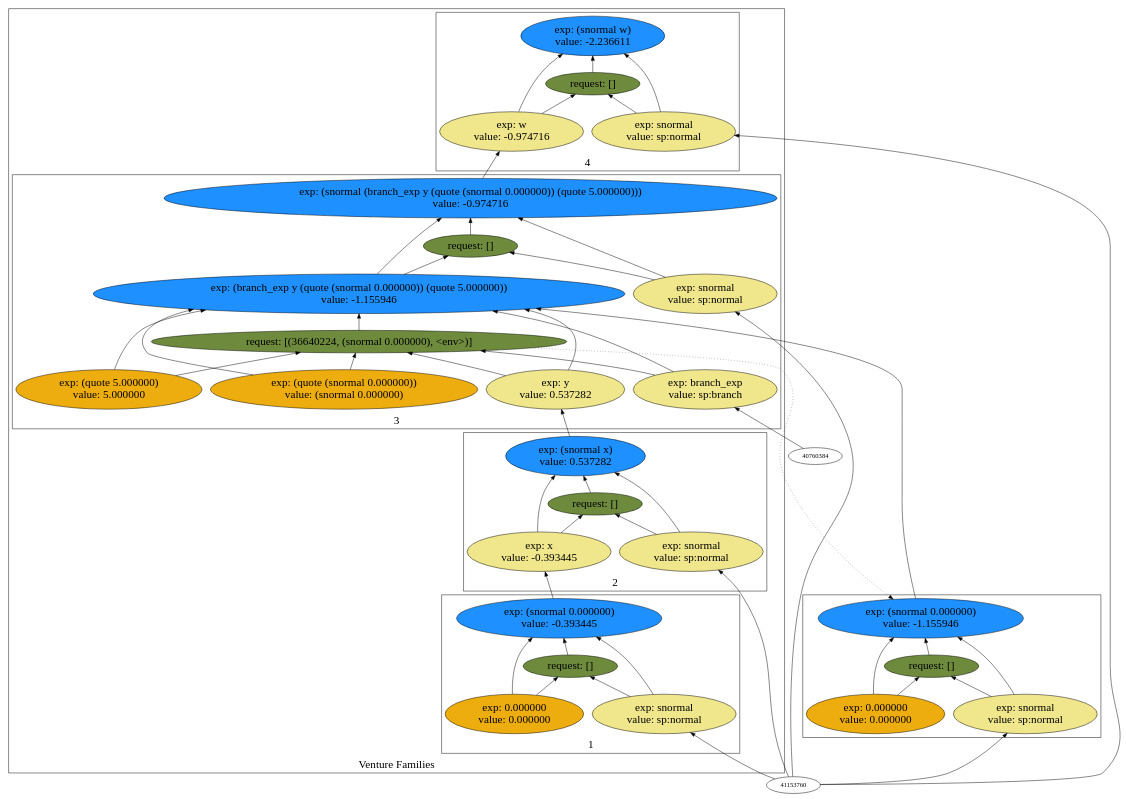
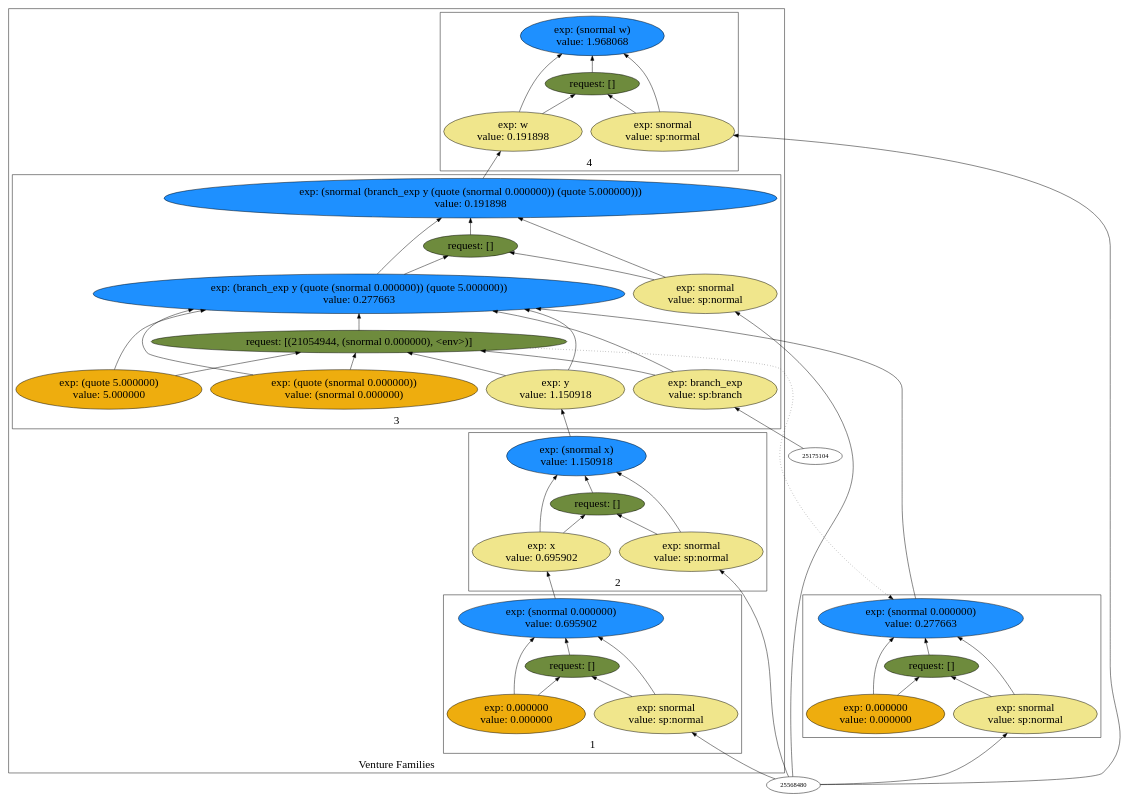
One commit to probcomp/Venturecxx changed the diagram in backend/cxx/pdf_graphs/partition/dot1.dot. Above: the diagram before and after it, drawn with Graphviz. The commit also changed 326 other files, not shown here.

```diff
--- a/backend/cxx/pdf_graphs/partition/dot1.dot
+++ b/backend/cxx/pdf_graphs/partition/dot1.dot
@@ -5,95 +5,95 @@
 label="Venture Families"
 subgraph cluster2 {
 label="1"
-"37726128"["fillcolor"="dodgerblue" "fontsize"="24" "label"="exp: (snormal 0.000000)\nvalue: -0.393445" "shape"="ellipse" "style"="filled" ]
-"42212608"["fillcolor"="darkolivegreen4" "fontsize"="24" "label"="request: []" "shape"="ellipse" "style"="filled" ]
-"36870592"["fillcolor"="khaki" "fontsize"="24" "label"="exp: snormal\nvalue: sp:normal" "shape"="ellipse" "style"="filled" ]
-"33142112"["fillcolor"="darkgoldenrod2" "fontsize"="24" "label"="exp: 0.000000\nvalue: 0.000000" "shape"="ellipse" "style"="filled" ]
+"22140848"["fillcolor"="dodgerblue" "fontsize"="24" "label"="exp: (snormal 0.000000)\nvalue: 0.695902" "shape"="ellipse" "style"="filled" ]
+"26627328"["fillcolor"="darkolivegreen4" "fontsize"="24" "label"="request: []" "shape"="ellipse" "style"="filled" ]
+"21285312"["fillcolor"="khaki" "fontsize"="24" "label"="exp: snormal\nvalue: sp:normal" "shape"="ellipse" "style"="filled" ]
+"17556832"["fillcolor"="darkgoldenrod2" "fontsize"="24" "label"="exp: 0.000000\nvalue: 0.000000" "shape"="ellipse" "style"="filled" ]
 }
 
 subgraph cluster3 {
 label="2"
-"37254784"["fillcolor"="dodgerblue" "fontsize"="24" "label"="exp: (snormal x)\nvalue: 0.537282" "shape"="ellipse" "style"="filled" ]
-"37154352"["fillcolor"="darkolivegreen4" "fontsize"="24" "label"="request: []" "shape"="ellipse" "style"="filled" ]
-"35549456"["fillcolor"="khaki" "fontsize"="24" "label"="exp: snormal\nvalue: sp:normal" "shape"="ellipse" "style"="filled" ]
-"37179568"["fillcolor"="khaki" "fontsize"="24" "label"="exp: x\nvalue: -0.393445" "shape"="ellipse" "style"="filled" ]
+"21669504"["fillcolor"="dodgerblue" "fontsize"="24" "label"="exp: (snormal x)\nvalue: 1.150918" "shape"="ellipse" "style"="filled" ]
+"21569072"["fillcolor"="darkolivegreen4" "fontsize"="24" "label"="request: []" "shape"="ellipse" "style"="filled" ]
+"19964176"["fillcolor"="khaki" "fontsize"="24" "label"="exp: snormal\nvalue: sp:normal" "shape"="ellipse" "style"="filled" ]
+"21594288"["fillcolor"="khaki" "fontsize"="24" "label"="exp: x\nvalue: 0.695902" "shape"="ellipse" "style"="filled" ]
 }
 
 subgraph cluster4 {
 label="3"
-"34848512"["fillcolor"="dodgerblue" "fontsize"="24" "label"="exp: (snormal (branch_exp y (quote (snormal 0.000000)) (quote 5.000000)))\nvalue: -0.974716" "shape"="ellipse" "style"="filled" ]
-"36839072"["fillcolor"="darkolivegreen4" "fontsize"="24" "label"="request: []" "shape"="ellipse" "style"="filled" ]
-"36129440"["fillcolor"="khaki" "fontsize"="24" "label"="exp: snormal\nvalue: sp:normal" "shape"="ellipse" "style"="filled" ]
-"36593296"["fillcolor"="dodgerblue" "fontsize"="24" "label"="exp: (branch_exp y (quote (snormal 0.000000)) (quote 5.000000))\nvalue: -1.155946" "shape"="ellipse" "style"="filled" ]
-"36640224"["fillcolor"="darkolivegreen4" "fontsize"="24" "label"="request: [(36640224, (snormal 0.000000), <env>)]" "shape"="ellipse" "style"="filled" ]
-"34747040"["fillcolor"="khaki" "fontsize"="24" "label"="exp: branch_exp\nvalue: sp:branch" "shape"="ellipse" "style"="filled" ]
-"36243120"["fillcolor"="khaki" "fontsize"="24" "label"="exp: y\nvalue: 0.537282" "shape"="ellipse" "style"="filled" ]
-"35112672"["fillcolor"="darkgoldenrod2" "fontsize"="24" "label"="exp: (quote (snormal 0.000000))\nvalue: (snormal 0.000000)" "shape"="ellipse" "style"="filled" ]
-"35588656"["fillcolor"="darkgoldenrod2" "fontsize"="24" "label"="exp: (quote 5.000000)\nvalue: 5.000000" "shape"="ellipse" "style"="filled" ]
+"19263232"["fillcolor"="dodgerblue" "fontsize"="24" "label"="exp: (snormal (branch_exp y (quote (snormal 0.000000)) (quote 5.000000)))\nvalue: 0.191898" "shape"="ellipse" "style"="filled" ]
+"21253792"["fillcolor"="darkolivegreen4" "fontsize"="24" "label"="request: []" "shape"="ellipse" "style"="filled" ]
+"20544160"["fillcolor"="khaki" "fontsize"="24" "label"="exp: snormal\nvalue: sp:normal" "shape"="ellipse" "style"="filled" ]
+"21008016"["fillcolor"="dodgerblue" "fontsize"="24" "label"="exp: (branch_exp y (quote (snormal 0.000000)) (quote 5.000000))\nvalue: 0.277663" "shape"="ellipse" "style"="filled" ]
+"21054944"["fillcolor"="darkolivegreen4" "fontsize"="24" "label"="request: [(21054944, (snormal 0.000000), <env>)]" "shape"="ellipse" "style"="filled" ]
+"19161760"["fillcolor"="khaki" "fontsize"="24" "label"="exp: branch_exp\nvalue: sp:branch" "shape"="ellipse" "style"="filled" ]
+"20657840"["fillcolor"="khaki" "fontsize"="24" "label"="exp: y\nvalue: 1.150918" "shape"="ellipse" "style"="filled" ]
+"19527392"["fillcolor"="darkgoldenrod2" "fontsize"="24" "label"="exp: (quote (snormal 0.000000))\nvalue: (snormal 0.000000)" "shape"="ellipse" "style"="filled" ]
+"20003376"["fillcolor"="darkgoldenrod2" "fontsize"="24" "label"="exp: (quote 5.000000)\nvalue: 5.000000" "shape"="ellipse" "style"="filled" ]
 }
 
 subgraph cluster5 {
 label="4"
-"36828112"["fillcolor"="dodgerblue" "fontsize"="24" "label"="exp: (snormal w)\nvalue: -2.236611" "shape"="ellipse" "style"="filled" ]
-"41282896"["fillcolor"="darkolivegreen4" "fontsize"="24" "label"="request: []" "shape"="ellipse" "style"="filled" ]
-"35141008"["fillcolor"="khaki" "fontsize"="24" "label"="exp: snormal\nvalue: sp:normal" "shape"="ellipse" "style"="filled" ]
-"35315600"["fillcolor"="khaki" "fontsize"="24" "label"="exp: w\nvalue: -0.974716" "shape"="ellipse" "style"="filled" ]
+"21242832"["fillcolor"="dodgerblue" "fontsize"="24" "label"="exp: (snormal w)\nvalue: 1.968068" "shape"="ellipse" "style"="filled" ]
+"25697616"["fillcolor"="darkolivegreen4" "fontsize"="24" "label"="request: []" "shape"="ellipse" "style"="filled" ]
+"19555728"["fillcolor"="khaki" "fontsize"="24" "label"="exp: snormal\nvalue: sp:normal" "shape"="ellipse" "style"="filled" ]
+"19730320"["fillcolor"="khaki" "fontsize"="24" "label"="exp: w\nvalue: 0.191898" "shape"="ellipse" "style"="filled" ]
 }
 
 }
 
 subgraph cluster6 {
 label=""
-"35342768"["fillcolor"="dodgerblue" "fontsize"="24" "label"="exp: (snormal 0.000000)\nvalue: -1.155946" "shape"="ellipse" "style"="filled" ]
-"35128112"["fillcolor"="darkolivegreen4" "fontsize"="24" "label"="request: []" "shape"="ellipse" "style"="filled" ]
-"34675744"["fillcolor"="khaki" "fontsize"="24" "label"="exp: snormal\nvalue: sp:normal" "shape"="ellipse" "style"="filled" ]
-"37170512"["fillcolor"="darkgoldenrod2" "fontsize"="24" "label"="exp: 0.000000\nvalue: 0.000000" "shape"="ellipse" "style"="filled" ]
+"19757488"["fillcolor"="dodgerblue" "fontsize"="24" "label"="exp: (snormal 0.000000)\nvalue: 0.277663" "shape"="ellipse" "style"="filled" ]
+"19542832"["fillcolor"="darkolivegreen4" "fontsize"="24" "label"="request: []" "shape"="ellipse" "style"="filled" ]
+"19090464"["fillcolor"="khaki" "fontsize"="24" "label"="exp: snormal\nvalue: sp:normal" "shape"="ellipse" "style"="filled" ]
+"21585232"["fillcolor"="darkgoldenrod2" "fontsize"="24" "label"="exp: 0.000000\nvalue: 0.000000" "shape"="ellipse" "style"="filled" ]
 }
 
-"36129440" -> "34848512"["arrowhead"="normal" "color"="black" "constraint"="true" "style"="solid" ]
-"36129440" -> "36839072"["arrowhead"="normal" "color"="black" "constraint"="true" "style"="solid" ]
-"41153760" -> "36129440"["arrowhead"="normal" "color"="black" "constraint"="true" "style"="solid" ]
-"36593296" -> "34848512"["arrowhead"="normal" "color"="black" "constraint"="true" "style"="solid" ]
-"36593296" -> "36839072"["arrowhead"="normal" "color"="black" "constraint"="true" "style"="solid" ]
-"34747040" -> "36593296"["arrowhead"="normal" "color"="black" "constraint"="true" "style"="solid" ]
-"34747040" -> "36640224"["arrowhead"="normal" "color"="black" "constraint"="true" "style"="solid" ]
-"40760384" -> "34747040"["arrowhead"="normal" "color"="black" "constraint"="true" "style"="solid" ]
-"36243120" -> "36593296"["arrowhead"="normal" "color"="black" "constraint"="true" "style"="solid" ]
-"36243120" -> "36640224"["arrowhead"="normal" "color"="black" "constraint"="true" "style"="solid" ]
-"37254784" -> "36243120"["arrowhead"="normal" "color"="black" "constraint"="true" "style"="solid" ]
-"35112672" -> "36593296"["arrowhead"="normal" "color"="black" "constraint"="true" "style"="solid" ]
-"35112672" -> "36640224"["arrowhead"="normal" "color"="black" "constraint"="true" "style"="solid" ]
-"35588656" -> "36593296"["arrowhead"="normal" "color"="black" "constraint"="true" "style"="solid" ]
-"35588656" -> "36640224"["arrowhead"="normal" "color"="black" "constraint"="true" "style"="solid" ]
-"36640224" -> "36593296"["arrowhead"="normal" "color"="black" "constraint"="true" "style"="solid" ]
-"35342768" -> "36593296"["arrowhead"="normal" "color"="black" "constraint"="true" "style"="solid" ]
-"36640224" -> "35342768"["arrowhead"="normal" "color"="black" "constraint"="false" "style"="dotted" ]
-"36839072" -> "34848512"["arrowhead"="normal" "color"="black" "constraint"="true" "style"="solid" ]
-"34675744" -> "35342768"["arrowhead"="normal" "color"="black" "constraint"="true" "style"="solid" ]
-"34675744" -> "35128112"["arrowhead"="normal" "color"="black" "constraint"="true" "style"="solid" ]
-"41153760" -> "34675744"["arrowhead"="normal" "color"="black" "constraint"="true" "style"="solid" ]
-"37170512" -> "35342768"["arrowhead"="normal" "color"="black" "constraint"="true" "style"="solid" ]
-"37170512" -> "35128112"["arrowhead"="normal" "color"="black" "constraint"="true" "style"="solid" ]
-"35128112" -> "35342768"["arrowhead"="normal" "color"="black" "constraint"="true" "style"="solid" ]
-"35141008" -> "36828112"["arrowhead"="normal" "color"="black" "constraint"="true" "style"="solid" ]
-"35141008" -> "41282896"["arrowhead"="normal" "color"="black" "constraint"="true" "style"="solid" ]
-"41153760" -> "35141008"["arrowhead"="normal" "color"="black" "constraint"="true" "style"="solid" ]
-"35315600" -> "36828112"["arrowhead"="normal" "color"="black" "constraint"="true" "style"="solid" ]
-"35315600" -> "41282896"["arrowhead"="normal" "color"="black" "constraint"="true" "style"="solid" ]
-"34848512" -> "35315600"["arrowhead"="normal" "color"="black" "constraint"="true" "style"="solid" ]
-"41282896" -> "36828112"["arrowhead"="normal" "color"="black" "constraint"="true" "style"="solid" ]
-"35549456" -> "37254784"["arrowhead"="normal" "color"="black" "constraint"="true" "style"="solid" ]
-"35549456" -> "37154352"["arrowhead"="normal" "color"="black" "constraint"="true" "style"="solid" ]
-"41153760" -> "35549456"["arrowhead"="normal" "color"="black" "constraint"="true" "style"="solid" ]
-"37179568" -> "37254784"["arrowhead"="normal" "color"="black" "constraint"="true" "style"="solid" ]
-"37179568" -> "37154352"["arrowhead"="normal" "color"="black" "constraint"="true" "style"="solid" ]
-"37726128" -> "37179568"["arrowhead"="normal" "color"="black" "constraint"="true" "style"="solid" ]
-"37154352" -> "37254784"["arrowhead"="normal" "color"="black" "constraint"="true" "style"="solid" ]
-"36870592" -> "37726128"["arrowhead"="normal" "color"="black" "constraint"="true" "style"="solid" ]
-"36870592" -> "42212608"["arrowhead"="normal" "color"="black" "constraint"="true" "style"="solid" ]
-"41153760" -> "36870592"["arrowhead"="normal" "color"="black" "constraint"="true" "style"="solid" ]
-"33142112" -> "37726128"["arrowhead"="normal" "color"="black" "constraint"="true" "style"="solid" ]
-"33142112" -> "42212608"["arrowhead"="normal" "color"="black" "constraint"="true" "style"="solid" ]
-"42212608" -> "37726128"["arrowhead"="normal" "color"="black" "constraint"="true" "style"="solid" ]
+"20544160" -> "19263232"["arrowhead"="normal" "color"="black" "constraint"="true" "style"="solid" ]
+"20544160" -> "21253792"["arrowhead"="normal" "color"="black" "constraint"="true" "style"="solid" ]
+"25568480" -> "20544160"["arrowhead"="normal" "color"="black" "constraint"="true" "style"="solid" ]
+"21008016" -> "19263232"["arrowhead"="normal" "color"="black" "constraint"="true" "style"="solid" ]
+"21008016" -> "21253792"["arrowhead"="normal" "color"="black" "constraint"="true" "style"="solid" ]
+"19161760" -> "21008016"["arrowhead"="normal" "color"="black" "constraint"="true" "style"="solid" ]
+"19161760" -> "21054944"["arrowhead"="normal" "color"="black" "constraint"="true" "style"="solid" ]
+"25175104" -> "19161760"["arrowhead"="normal" "color"="black" "constraint"="true" "style"="solid" ]
+"20657840" -> "21008016"["arrowhead"="normal" "color"="black" "constraint"="true" "style"="solid" ]
+"20657840" -> "21054944"["arrowhead"="normal" "color"="black" "constraint"="true" "style"="solid" ]
+"21669504" -> "20657840"["arrowhead"="normal" "color"="black" "constraint"="true" "style"="solid" ]
+"19527392" -> "21008016"["arrowhead"="normal" "color"="black" "constraint"="true" "style"="solid" ]
+"19527392" -> "21054944"["arrowhead"="normal" "color"="black" "constraint"="true" "style"="solid" ]
+"20003376" -> "21008016"["arrowhead"="normal" "color"="black" "constraint"="true" "style"="solid" ]
+"20003376" -> "21054944"["arrowhead"="normal" "color"="black" "constraint"="true" "style"="solid" ]
+"21054944" -> "21008016"["arrowhead"="normal" "color"="black" "constraint"="true" "style"="solid" ]
+"19757488" -> "21008016"["arrowhead"="normal" "color"="black" "constraint"="true" "style"="solid" ]
+"21054944" -> "19757488"["arrowhead"="normal" "color"="black" "constraint"="false" "style"="dotted" ]
+"21253792" -> "19263232"["arrowhead"="normal" "color"="black" "constraint"="true" "style"="solid" ]
+"19090464" -> "19757488"["arrowhead"="normal" "color"="black" "constraint"="true" "style"="solid" ]
+"19090464" -> "19542832"["arrowhead"="normal" "color"="black" "constraint"="true" "style"="solid" ]
+"25568480" -> "19090464"["arrowhead"="normal" "color"="black" "constraint"="true" "style"="solid" ]
+"21585232" -> "19757488"["arrowhead"="normal" "color"="black" "constraint"="true" "style"="solid" ]
+"21585232" -> "19542832"["arrowhead"="normal" "color"="black" "constraint"="true" "style"="solid" ]
+"19542832" -> "19757488"["arrowhead"="normal" "color"="black" "constraint"="true" "style"="solid" ]
+"19555728" -> "21242832"["arrowhead"="normal" "color"="black" "constraint"="true" "style"="solid" ]
+"19555728" -> "25697616"["arrowhead"="normal" "color"="black" "constraint"="true" "style"="solid" ]
+"25568480" -> "19555728"["arrowhead"="normal" "color"="black" "constraint"="true" "style"="solid" ]
+"19730320" -> "21242832"["arrowhead"="normal" "color"="black" "constraint"="true" "style"="solid" ]
+"19730320" -> "25697616"["arrowhead"="normal" "color"="black" "constraint"="true" "style"="solid" ]
+"19263232" -> "19730320"["arrowhead"="normal" "color"="black" "constraint"="true" "style"="solid" ]
+"25697616" -> "21242832"["arrowhead"="normal" "color"="black" "constraint"="true" "style"="solid" ]
+"19964176" -> "21669504"["arrowhead"="normal" "color"="black" "constraint"="true" "style"="solid" ]
+"19964176" -> "21569072"["arrowhead"="normal" "color"="black" "constraint"="true" "style"="solid" ]
+"25568480" -> "19964176"["arrowhead"="normal" "color"="black" "constraint"="true" "style"="solid" ]
+"21594288" -> "21669504"["arrowhead"="normal" "color"="black" "constraint"="true" "style"="solid" ]
+"21594288" -> "21569072"["arrowhead"="normal" "color"="black" "constraint"="true" "style"="solid" ]
+"22140848" -> "21594288"["arrowhead"="normal" "color"="black" "constraint"="true" "style"="solid" ]
+"21569072" -> "21669504"["arrowhead"="normal" "color"="black" "constraint"="true" "style"="solid" ]
+"21285312" -> "22140848"["arrowhead"="normal" "color"="black" "constraint"="true" "style"="solid" ]
+"21285312" -> "26627328"["arrowhead"="normal" "color"="black" "constraint"="true" "style"="solid" ]
+"25568480" -> "21285312"["arrowhead"="normal" "color"="black" "constraint"="true" "style"="solid" ]
+"17556832" -> "22140848"["arrowhead"="normal" "color"="black" "constraint"="true" "style"="solid" ]
+"17556832" -> "26627328"["arrowhead"="normal" "color"="black" "constraint"="true" "style"="solid" ]
+"26627328" -> "22140848"["arrowhead"="normal" "color"="black" "constraint"="true" "style"="solid" ]
 
 }
```
